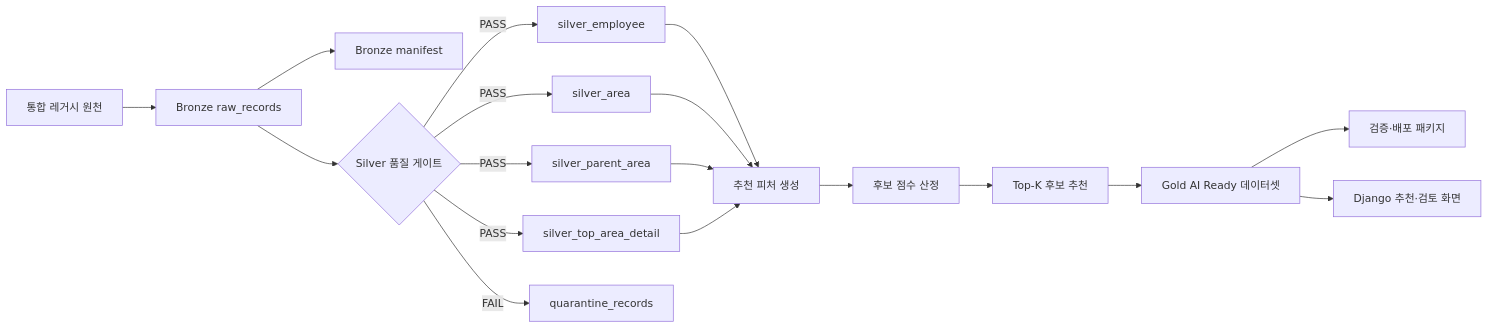
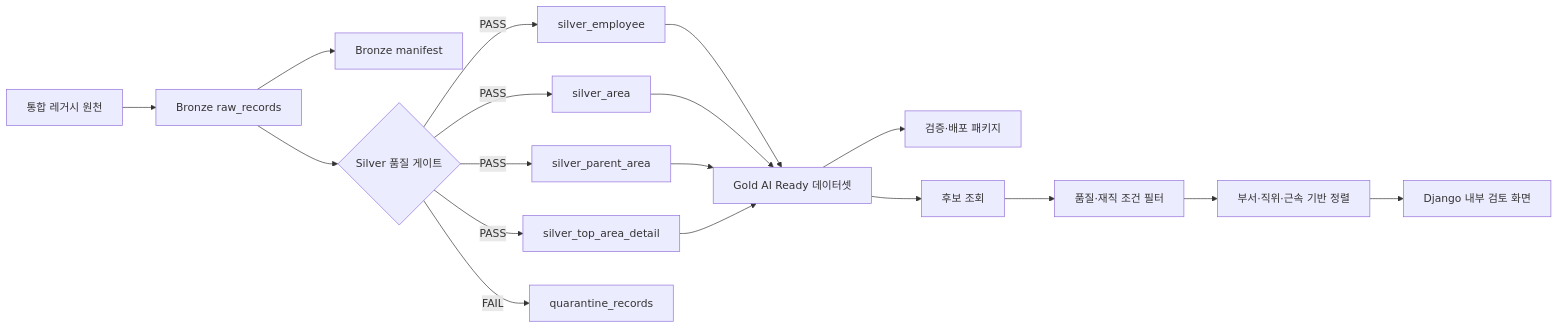
One commit to encore-ai-campus/mlo-01-p2-team2 changed the first of 2 diagrams in docs/TO_BE_MEDALLION_MODEL.md. Above: the diagram before and after it, drawn with Mermaid. The commit also changed other lines of this file and 11 other files, not shown here.

Commit message:
docs: align Gold scope with implemented candidate review

````diff
--- a/docs/TO_BE_MEDALLION_MODEL.md
+++ b/docs/TO_BE_MEDALLION_MODEL.md
@@ -13,23 +13,23 @@
 ```mermaid
 flowchart LR
     SRC["통합 레거시 원천"] --> BR["Bronze raw_records"]
     BR --> MF["Bronze manifest"]
     BR --> QG{"Silver 품질 게이트"}
 
     QG -->|PASS| EMP["silver_employee"]
     QG -->|PASS| AREA["silver_area"]
     QG -->|PASS| PAR["silver_parent_area"]
     QG -->|PASS| TOP["silver_top_area_detail"]
     QG -->|FAIL| QUAR["quarantine_records"]
 
-    EMP --> FEATURE["추천 피처 생성"]
-    AREA --> FEATURE
-    PAR --> FEATURE
-    TOP --> FEATURE
+    EMP --> GOLD["Gold AI Ready 데이터셋"]
+    AREA --> GOLD
+    PAR --> GOLD
+    TOP --> GOLD
 
-    FEATURE --> SCORE["후보 점수 산정"]
-    SCORE --> TOPK["Top-K 후보 추천"]
-    TOPK --> GOLD["Gold AI Ready 데이터셋"]
     GOLD --> PKG["검증·배포 패키지"]
-    GOLD --> UI["Django 추천·검토 화면"]
+    GOLD --> CANDIDATE["후보 조회"]
+    CANDIDATE --> FILTER["품질·재직 조건 필터"]
+    FILTER --> SORT["부서·직위·근속 기반 정렬"]
+    SORT --> UI["Django 내부 검토 화면"]
 ```
````
